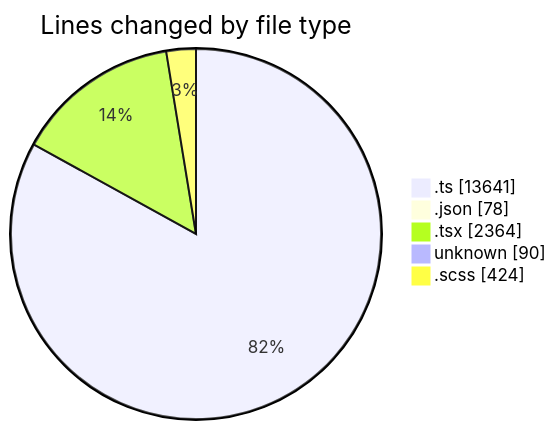
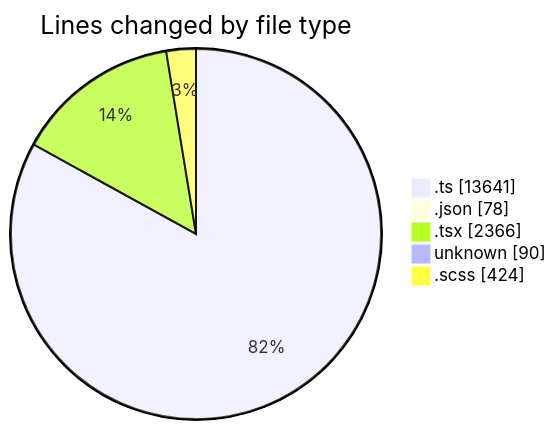
The first of 2 diagrams in 2025-08-29/cda/README.md (momahboobian/code-tracking), drawn with Mermaid before and after one commit. The commit also changed other lines of this file and 1 other file, not shown here.

````diff
--- a/2025-08-29/cda/README.md
+++ b/2025-08-29/cda/README.md
@@ -34,9 +34,9 @@
 ```mermaid
 pie showData
 title Lines changed by file type
 ".ts" : 13641
 ".json" : 78
-".tsx" : 2364
+".tsx" : 2366
 "unknown" : 90
 ".scss" : 424
 ```
````
